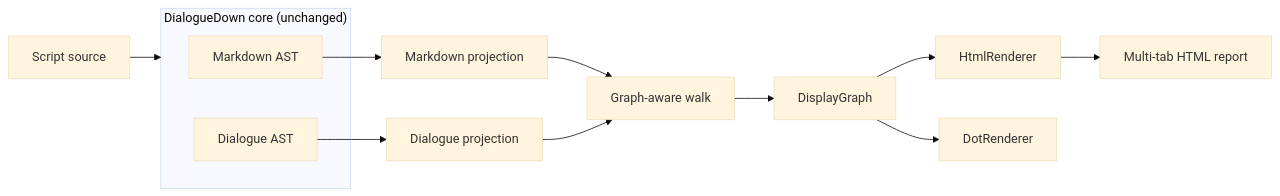
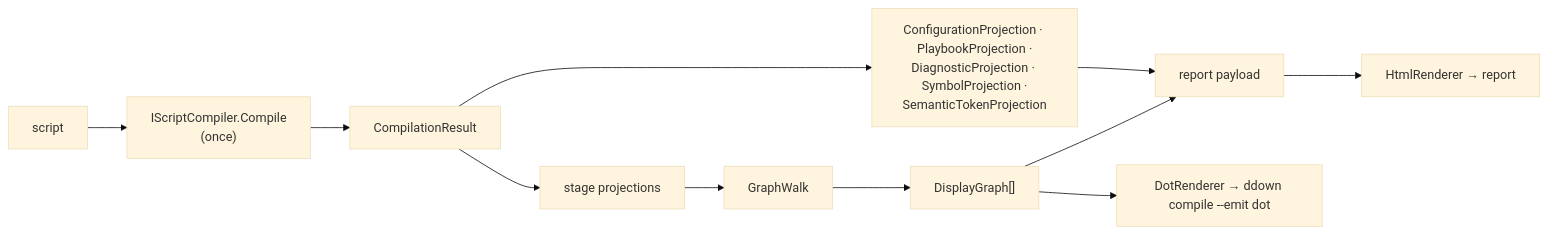
One commit to pengzhengyi/dialoguedown changed the diagram in docs/contributing/design-notes/visualization/report/Compilation Visualization.md. Above: the diagram before and after it, drawn with Mermaid (base theme). The commit also changed other lines of this file and 124 other files, not shown here.

````diff
--- a/docs/contributing/design-notes/visualization/report/Compilation Visualization.md
+++ b/docs/contributing/design-notes/visualization/report/Compilation Visualization.md
@@ -148,16 +69,13 @@
 ```mermaid
 flowchart LR
-    Source["Script source"] --> Compiler
-    subgraph Compiler["DialogueDown core (unchanged)"]
-        MD["Markdown AST"]
-        DA["Dialogue AST"]
-    end
-    MD --> MP["Markdown projection"]
-    DA --> DP["Dialogue projection"]
-    MP --> Walk["Graph-aware walk"]
-    DP --> Walk
-    Walk --> DG["DisplayGraph"]
-    DG --> HTML["HtmlRenderer"]
-    DG --> DOT["DotRenderer"]
-    HTML --> Report["Multi-tab HTML report"]
+    S["script"] --> C["IScriptCompiler.Compile<br/>(once)"]
+    C --> R["CompilationResult"]
+    R --> P["stage projections"]
+    P --> W["GraphWalk"]
+    W --> DG["DisplayGraph[]"]
+    R --> X["ConfigurationProjection · PlaybookProjection ·<br/>DiagnosticProjection · SymbolProjection ·<br/>SemanticTokenProjection"]
+    DG --> PAY["report payload"]
+    X --> PAY
+    PAY --> HTML["HtmlRenderer → report"]
+    DG --> DOT["DotRenderer → ddown compile --emit dot"]
 ```
````
